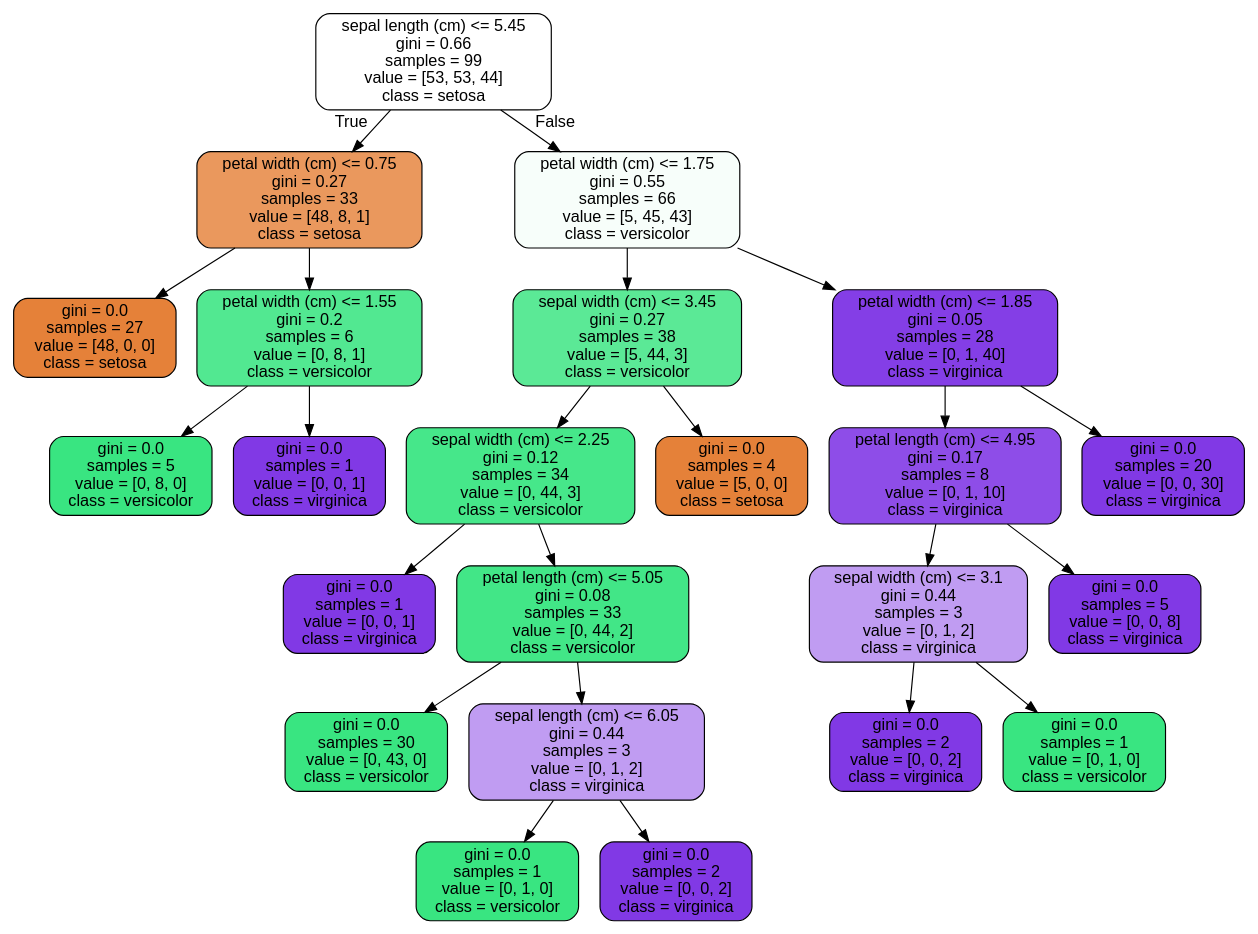
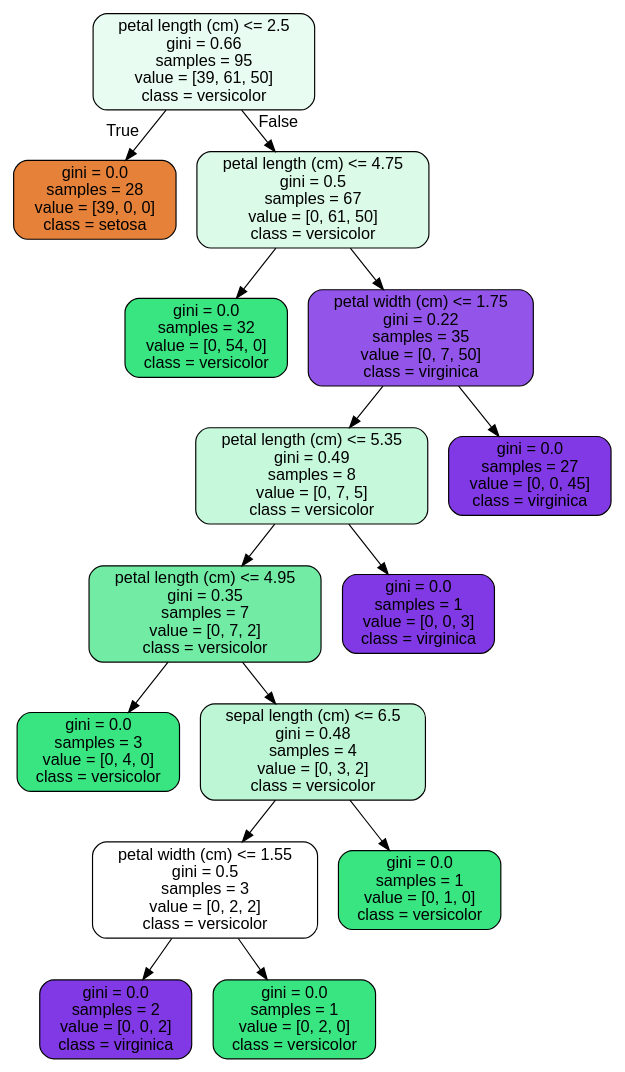
The diagram in Random_Forest/RandomForest Covid Case Study_06302020/tree.dot (mhahm/Supervised_Learning), drawn with Graphviz before and after one commit. The commit also changed 2 other files, not shown here.

```diff
--- a/Random_Forest/RandomForest Covid Case Study_06302020/tree.dot
+++ b/Random_Forest/RandomForest Covid Case Study_06302020/tree.dot
@@ -1,49 +1,33 @@
 digraph Tree {
 node [shape=box, style="filled, rounded", color="black", fontname=helvetica] ;
 edge [fontname=helvetica] ;
-0 [label="sepal length (cm) <= 5.45\ngini = 0.66\nsamples = 99\nvalue = [53, 53, 44]\nclass = setosa", fillcolor="#ffffff"] ;
-1 [label="petal width (cm) <= 0.75\ngini = 0.27\nsamples = 33\nvalue = [48, 8, 1]\nclass = setosa", fillcolor="#ea985d"] ;
+0 [label="petal length (cm) <= 2.5\ngini = 0.66\nsamples = 95\nvalue = [39, 61, 50]\nclass = versicolor", fillcolor="#e9fcf1"] ;
+1 [label="gini = 0.0\nsamples = 28\nvalue = [39, 0, 0]\nclass = setosa", fillcolor="#e58139"] ;
 0 -> 1 [labeldistance=2.5, labelangle=45, headlabel="True"] ;
-2 [label="gini = 0.0\nsamples = 27\nvalue = [48, 0, 0]\nclass = setosa", fillcolor="#e58139"] ;
-1 -> 2 ;
-3 [label="petal width (cm) <= 1.55\ngini = 0.2\nsamples = 6\nvalue = [0, 8, 1]\nclass = versicolor", fillcolor="#52e891"] ;
-1 -> 3 ;
-4 [label="gini = 0.0\nsamples = 5\nvalue = [0, 8, 0]\nclass = versicolor", fillcolor="#39e581"] ;
-3 -> 4 ;
-5 [label="gini = 0.0\nsamples = 1\nvalue = [0, 0, 1]\nclass = virginica", fillcolor="#8139e5"] ;
-3 -> 5 ;
-6 [label="petal width (cm) <= 1.75\ngini = 0.55\nsamples = 66\nvalue = [5, 45, 43]\nclass = versicolor", fillcolor="#f7fefa"] ;
-0 -> 6 [labeldistance=2.5, labelangle=-45, headlabel="False"] ;
-7 [label="sepal width (cm) <= 3.45\ngini = 0.27\nsamples = 38\nvalue = [5, 44, 3]\nclass = versicolor", fillcolor="#5be996"] ;
+2 [label="petal length (cm) <= 4.75\ngini = 0.5\nsamples = 67\nvalue = [0, 61, 50]\nclass = versicolor", fillcolor="#dbfae8"] ;
+0 -> 2 [labeldistance=2.5, labelangle=-45, headlabel="False"] ;
+3 [label="gini = 0.0\nsamples = 32\nvalue = [0, 54, 0]\nclass = versicolor", fillcolor="#39e581"] ;
+2 -> 3 ;
+4 [label="petal width (cm) <= 1.75\ngini = 0.22\nsamples = 35\nvalue = [0, 7, 50]\nclass = virginica", fillcolor="#9355e9"] ;
+2 -> 4 ;
+5 [label="petal length (cm) <= 5.35\ngini = 0.49\nsamples = 8\nvalue = [0, 7, 5]\nclass = versicolor", fillcolor="#c6f8db"] ;
+4 -> 5 ;
+6 [label="petal length (cm) <= 4.95\ngini = 0.35\nsamples = 7\nvalue = [0, 7, 2]\nclass = versicolor", fillcolor="#72eca5"] ;
+5 -> 6 ;
+7 [label="gini = 0.0\nsamples = 3\nvalue = [0, 4, 0]\nclass = versicolor", fillcolor="#39e581"] ;
 6 -> 7 ;
-8 [label="sepal width (cm) <= 2.25\ngini = 0.12\nsamples = 34\nvalue = [0, 44, 3]\nclass = versicolor", fillcolor="#46e78a"] ;
-7 -> 8 ;
-9 [label="gini = 0.0\nsamples = 1\nvalue = [0, 0, 1]\nclass = virginica", fillcolor="#8139e5"] ;
+8 [label="sepal length (cm) <= 6.5\ngini = 0.48\nsamples = 4\nvalue = [0, 3, 2]\nclass = versicolor", fillcolor="#bdf6d5"] ;
+6 -> 8 ;
+9 [label="petal width (cm) <= 1.55\ngini = 0.5\nsamples = 3\nvalue = [0, 2, 2]\nclass = versicolor", fillcolor="#ffffff"] ;
 8 -> 9 ;
-10 [label="petal length (cm) <= 5.05\ngini = 0.08\nsamples = 33\nvalue = [0, 44, 2]\nclass = versicolor", fillcolor="#42e687"] ;
-8 -> 10 ;
-11 [label="gini = 0.0\nsamples = 30\nvalue = [0, 43, 0]\nclass = versicolor", fillcolor="#39e581"] ;
-10 -> 11 ;
-12 [label="sepal length (cm) <= 6.05\ngini = 0.44\nsamples = 3\nvalue = [0, 1, 2]\nclass = virginica", fillcolor="#c09cf2"] ;
-10 -> 12 ;
-13 [label="gini = 0.0\nsamples = 1\nvalue = [0, 1, 0]\nclass = versicolor", fillcolor="#39e581"] ;
-12 -> 13 ;
-14 [label="gini = 0.0\nsamples = 2\nvalue = [0, 0, 2]\nclass = virginica", fillcolor="#8139e5"] ;
-12 -> 14 ;
-15 [label="gini = 0.0\nsamples = 4\nvalue = [5, 0, 0]\nclass = setosa", fillcolor="#e58139"] ;
-7 -> 15 ;
-16 [label="petal width (cm) <= 1.85\ngini = 0.05\nsamples = 28\nvalue = [0, 1, 40]\nclass = virginica", fillcolor="#843ee6"] ;
-6 -> 16 ;
-17 [label="petal length (cm) <= 4.95\ngini = 0.17\nsamples = 8\nvalue = [0, 1, 10]\nclass = virginica", fillcolor="#8e4de8"] ;
-16 -> 17 ;
-18 [label="sepal width (cm) <= 3.1\ngini = 0.44\nsamples = 3\nvalue = [0, 1, 2]\nclass = virginica", fillcolor="#c09cf2"] ;
-17 -> 18 ;
-19 [label="gini = 0.0\nsamples = 2\nvalue = [0, 0, 2]\nclass = virginica", fillcolor="#8139e5"] ;
-18 -> 19 ;
-20 [label="gini = 0.0\nsamples = 1\nvalue = [0, 1, 0]\nclass = versicolor", fillcolor="#39e581"] ;
-18 -> 20 ;
-21 [label="gini = 0.0\nsamples = 5\nvalue = [0, 0, 8]\nclass = virginica", fillcolor="#8139e5"] ;
-17 -> 21 ;
-22 [label="gini = 0.0\nsamples = 20\nvalue = [0, 0, 30]\nclass = virginica", fillcolor="#8139e5"] ;
-16 -> 22 ;
+10 [label="gini = 0.0\nsamples = 2\nvalue = [0, 0, 2]\nclass = virginica", fillcolor="#8139e5"] ;
+9 -> 10 ;
+11 [label="gini = 0.0\nsamples = 1\nvalue = [0, 2, 0]\nclass = versicolor", fillcolor="#39e581"] ;
+9 -> 11 ;
+12 [label="gini = 0.0\nsamples = 1\nvalue = [0, 1, 0]\nclass = versicolor", fillcolor="#39e581"] ;
+8 -> 12 ;
+13 [label="gini = 0.0\nsamples = 1\nvalue = [0, 0, 3]\nclass = virginica", fillcolor="#8139e5"] ;
+5 -> 13 ;
+14 [label="gini = 0.0\nsamples = 27\nvalue = [0, 0, 45]\nclass = virginica", fillcolor="#8139e5"] ;
+4 -> 14 ;
 }
```
